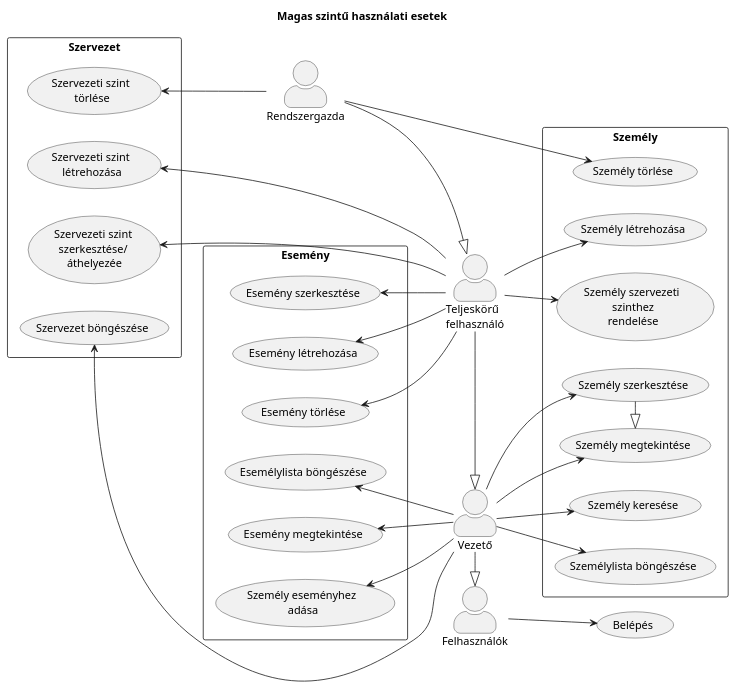
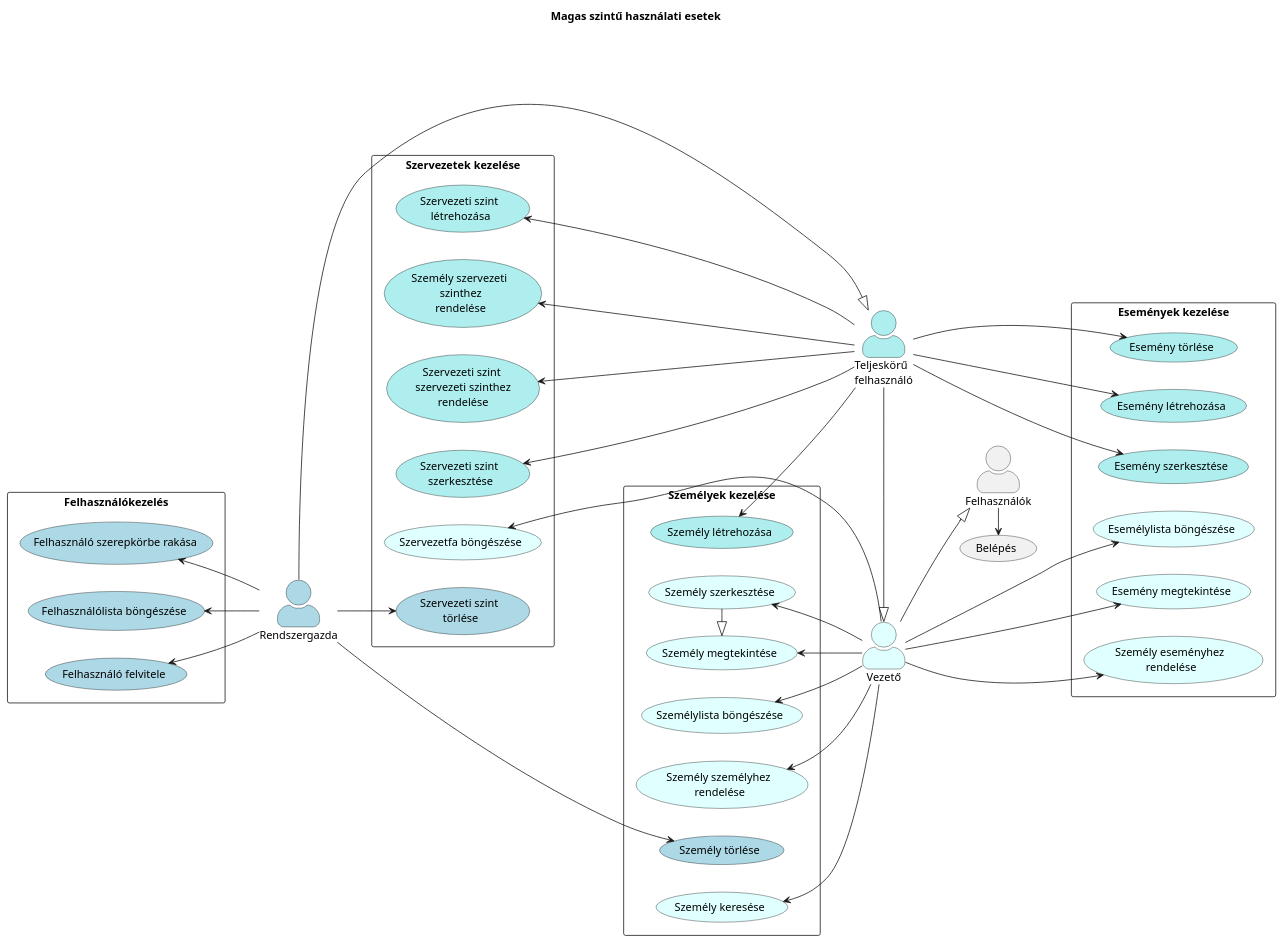
Before and after one commit to Vibenk/LilaElefant: the diagram in Használati_esetek_HL.puml, drawn with PlantUML. The commit also changed 3 other files, not shown here.

```diff
--- a/Használati_esetek_HL.puml
+++ b/Használati_esetek_HL.puml
@@ -1,71 +1,96 @@
 @startuml
 
 title Magas szintű használati esetek
 
 skinparam actorStyle awesome
 left to right direction
 
-"Teljeskörű \nfelhasználó" as SuperUser
-"Vezető" as User
+"Teljeskörű \nfelhasználó" as SuperUser #PaleTurquoise
+"Vezető" as User #LightCyan
 "Felhasználók" as Users
-"Rendszergazda" as Admin
+"Rendszergazda" as Admin #LightBlue
 
 (Belépés) as Login
-rectangle "Szervezet" {
-    (Szervezet böngészése) as DisplayHierarchy
-    (Szervezeti szint \nlétrehozása) as CreateOrg
-    (Szervezeti szint \nszerkesztése/ \náthelyezée) as EditOrg
-    (Szervezeti szint \ntörlése) as DeleteOrg
+rectangle "Szervezetek kezelése" {
+    (Szervezetfa böngészése) as BrowseHierarchy #LightCyan
+    (Szervezeti szint \nlétrehozása) as CreateOrg #PaleTurquoise
+    (Szervezeti szint \nszerkesztése) as EditOrg #PaleTurquoise
+    (Szervezeti szint \nszervezeti szinthez\nrendelése) as LinkOrg #PaleTurquoise
+    (Szervezeti szint \ntörlése) as DeleteOrg #LightBlue
+    (Személy szervezeti \n szinthez \nrendelése) as AssignPerson #PaleTurquoise
 }
-rectangle "Személy" {
-    (Személylista böngészése) as BrowsePeople
-    (Személy megtekintése) as DisplayPerson
-    (Személy szerkesztése) as EditPerson
-    (Személy létrehozása) as CreatePerson
-    (Személy szervezeti \n szinthez \nrendelése) as AssignPerson
-    (Személy törlése) as DeletePerson
-    (Személy keresése) as SearchPerson
+rectangle "Személyek kezelése" {
+    (Személylista böngészése) as BrowsePeople #LightCyan
+    (Személy megtekintése) as DisplayPerson #LightCyan
+    (Személy szerkesztése) as EditPerson #LightCyan
+    (Személy létrehozása) as CreatePerson #PaleTurquoise
+    (Személy törlése) as DeletePerson #LightBlue
+    (Személy keresése) as SearchPerson #LightCyan
+    (Személy személyhez \nrendelése) as LinkPerson #LightCyan
 }
-rectangle "Esemény" {
-    (Esemény létrehozása) as CreateEvent
-    (Esemény szerkesztése) as EditEvent
-    (Esemény törlése) as DeleteEvent
-    (Esemény megtekintése) as DisplayEvent
-    (Személy eseményhez \nadása) as AssignPersonEvent
-    (Esemélylista böngészése) as BrowseEvents
+rectangle "Események kezelése" {
+    (Esemény létrehozása) as CreateEvent #PaleTurquoise
+    (Esemény szerkesztése) as EditEvent #PaleTurquoise
+    (Esemény törlése) as DeleteEvent #PaleTurquoise
+    (Esemény megtekintése) as DisplayEvent #LightCyan
+    (Személy eseményhez \nrendelése) as AssignPersonEvent #LightCyan
+    (Esemélylista böngészése) as BrowseEvents #LightCyan
 }
+rectangle "Felhasználókezelés" {
+    (Felhasználó felvitele) as AddUser #LightBlue
+    (Felhasználólista böngészése) as BrowseUsers #LightBlue
+    (Felhasználó szerepkörbe rakása) as AssignUser #LightBlue
+}
+
+
 
 EditPerson -left-|> DisplayPerson
 'CreatePerson -up-|> DisplayPerson
 
-Users --> Login
-    Admin --|> SuperUser
-    SuperUser -right-|> User
-    User -|> Users
+Admin -----|> SuperUser
+SuperUser -right-|> User
+User --|> Users
+
+Users -right-> Login
+
+' User ***************
+User -left-> BrowsePeople
+User -left-> DisplayPerson
+User -left-> EditPerson
+User -left-> LinkPerson
+User -left-> SearchPerson
+
+User ---up-> BrowseHierarchy
+
+User ---> DisplayEvent
+User ---> AssignPersonEvent
+User ---> BrowseEvents
 
 
-User -left-> DisplayHierarchy
-User --> BrowsePeople
-User --> DisplayPerson
-User --> EditPerson
-User -> SearchPerson
-User -up-> DisplayEvent
-User -up-> AssignPersonEvent
-User -> BrowseEvents
+
+' SuperUser ************
+SuperUser -up-> CreatePerson
+SuperUser -up-> AssignPerson
+
+SuperUser ---up-> CreateOrg
+SuperUser ---up-> EditOrg
+SuperUser ---up-> LinkOrg
+
+SuperUser ---> DeleteEvent
+SuperUser ---> CreateEvent
+SuperUser ---> EditEvent
 
 
-SuperUser -left-> CreateOrg
-SuperUser -left-> EditOrg
-SuperUser -> CreatePerson
-SuperUser -> AssignPerson
-SuperUser -up-> DeleteEvent
-SuperUser -up-> CreateEvent
-SuperUser -up-> EditEvent
 
-Admin -up-> DeleteOrg
-Admin -up-> DeletePerson
+' Admin ************
+Admin -> DeletePerson
 
+Admin --> DeleteOrg
+
+Admin -up-> AddUser
+Admin -up-> BrowseUsers
+Admin -up-> AssignUser
 
 
 
 @enduml
```
